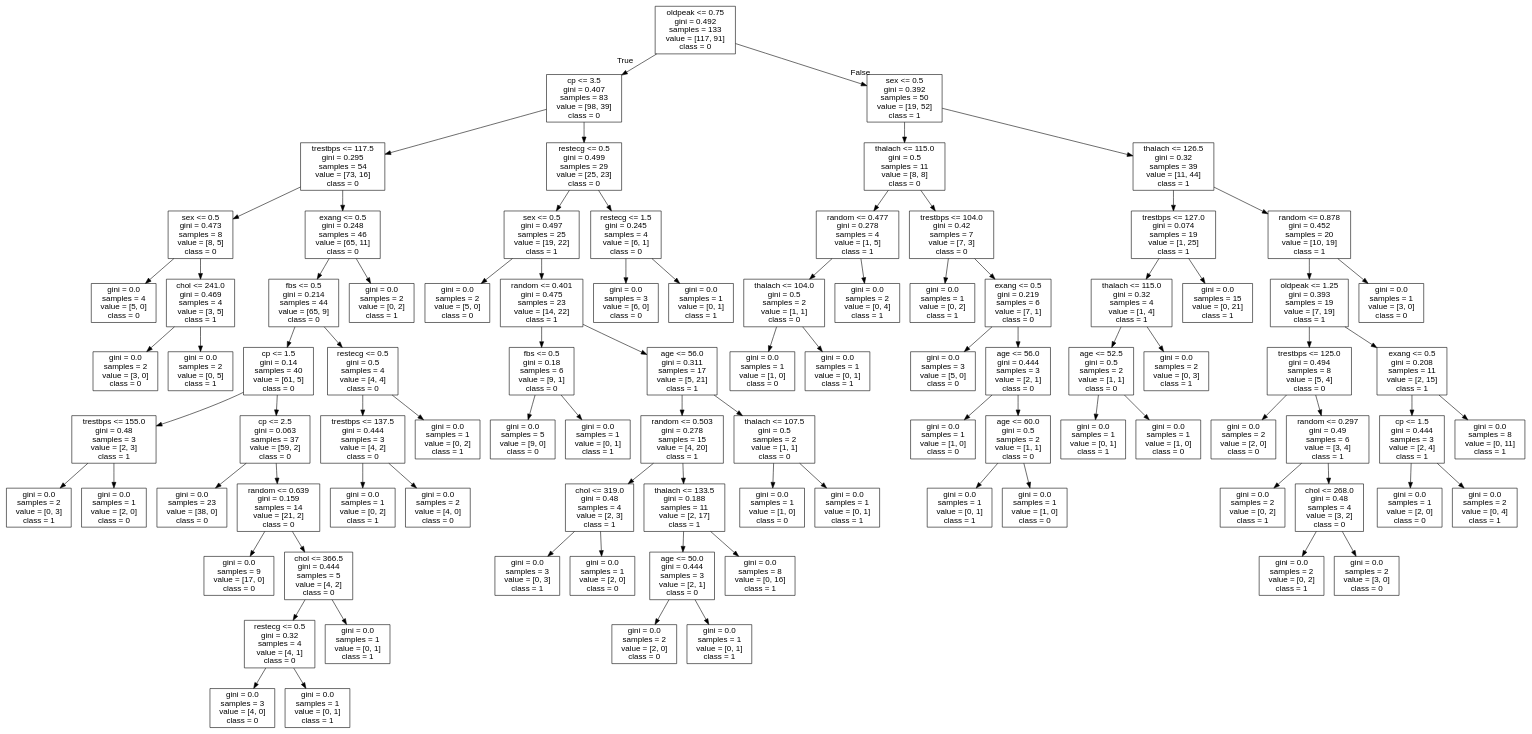
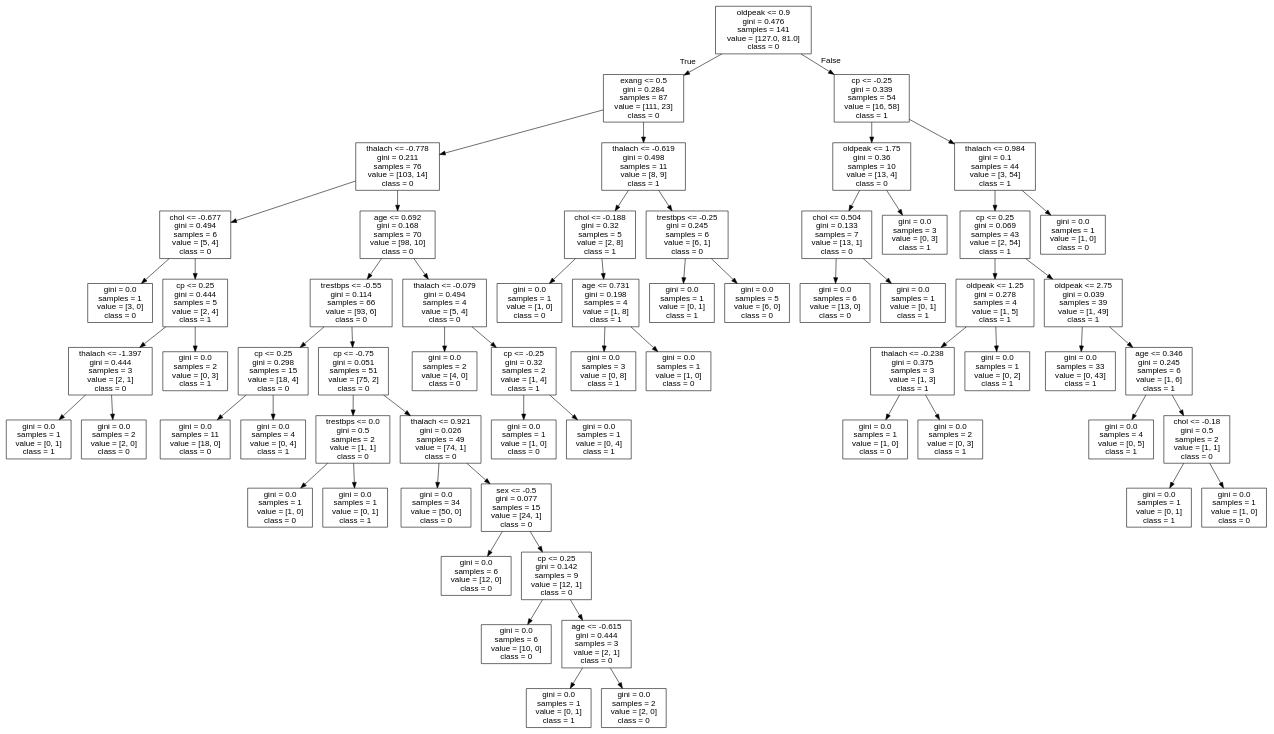
One commit to cyrilvincent/ML changed the diagram in data/heartdisease/tree.dot. Above: the diagram before and after it, drawn with Graphviz. The commit also changed 2 other files, not shown here.

```diff
--- a/data/heartdisease/tree.dot
+++ b/data/heartdisease/tree.dot
@@ -1,185 +1,129 @@
 digraph Tree {
 node [shape=box, fontname="helvetica"] ;
 edge [fontname="helvetica"] ;
-0 [label="oldpeak <= 0.75\ngini = 0.492\nsamples = 133\nvalue = [117, 91]\nclass = 0"] ;
-1 [label="cp <= 3.5\ngini = 0.407\nsamples = 83\nvalue = [98, 39]\nclass = 0"] ;
+0 [label="oldpeak <= 0.9\ngini = 0.476\nsamples = 141\nvalue = [127.0, 81.0]\nclass = 0"] ;
+1 [label="exang <= 0.5\ngini = 0.284\nsamples = 87\nvalue = [111, 23]\nclass = 0"] ;
 0 -> 1 [labeldistance=2.5, labelangle=45, headlabel="True"] ;
-2 [label="trestbps <= 117.5\ngini = 0.295\nsamples = 54\nvalue = [73, 16]\nclass = 0"] ;
+2 [label="thalach <= -0.778\ngini = 0.211\nsamples = 76\nvalue = [103, 14]\nclass = 0"] ;
 1 -> 2 ;
-3 [label="sex <= 0.5\ngini = 0.473\nsamples = 8\nvalue = [8, 5]\nclass = 0"] ;
+3 [label="chol <= -0.677\ngini = 0.494\nsamples = 6\nvalue = [5, 4]\nclass = 0"] ;
 2 -> 3 ;
-4 [label="gini = 0.0\nsamples = 4\nvalue = [5, 0]\nclass = 0"] ;
+4 [label="gini = 0.0\nsamples = 1\nvalue = [3, 0]\nclass = 0"] ;
 3 -> 4 ;
-5 [label="chol <= 241.0\ngini = 0.469\nsamples = 4\nvalue = [3, 5]\nclass = 1"] ;
+5 [label="cp <= 0.25\ngini = 0.444\nsamples = 5\nvalue = [2, 4]\nclass = 1"] ;
 3 -> 5 ;
-6 [label="gini = 0.0\nsamples = 2\nvalue = [3, 0]\nclass = 0"] ;
+6 [label="thalach <= -1.397\ngini = 0.444\nsamples = 3\nvalue = [2, 1]\nclass = 0"] ;
 5 -> 6 ;
-7 [label="gini = 0.0\nsamples = 2\nvalue = [0, 5]\nclass = 1"] ;
-5 -> 7 ;
-8 [label="exang <= 0.5\ngini = 0.248\nsamples = 46\nvalue = [65, 11]\nclass = 0"] ;
-2 -> 8 ;
-9 [label="fbs <= 0.5\ngini = 0.214\nsamples = 44\nvalue = [65, 9]\nclass = 0"] ;
-8 -> 9 ;
-10 [label="cp <= 1.5\ngini = 0.14\nsamples = 40\nvalue = [61, 5]\nclass = 0"] ;
-9 -> 10 ;
-11 [label="trestbps <= 155.0\ngini = 0.48\nsamples = 3\nvalue = [2, 3]\nclass = 1"] ;
+7 [label="gini = 0.0\nsamples = 1\nvalue = [0, 1]\nclass = 1"] ;
+6 -> 7 ;
+8 [label="gini = 0.0\nsamples = 2\nvalue = [2, 0]\nclass = 0"] ;
+6 -> 8 ;
+9 [label="gini = 0.0\nsamples = 2\nvalue = [0, 3]\nclass = 1"] ;
+5 -> 9 ;
+10 [label="age <= 0.692\ngini = 0.168\nsamples = 70\nvalue = [98, 10]\nclass = 0"] ;
+2 -> 10 ;
+11 [label="trestbps <= -0.55\ngini = 0.114\nsamples = 66\nvalue = [93, 6]\nclass = 0"] ;
 10 -> 11 ;
-12 [label="gini = 0.0\nsamples = 2\nvalue = [0, 3]\nclass = 1"] ;
+12 [label="cp <= 0.25\ngini = 0.298\nsamples = 15\nvalue = [18, 4]\nclass = 0"] ;
 11 -> 12 ;
-13 [label="gini = 0.0\nsamples = 1\nvalue = [2, 0]\nclass = 0"] ;
-11 -> 13 ;
-14 [label="cp <= 2.5\ngini = 0.063\nsamples = 37\nvalue = [59, 2]\nclass = 0"] ;
-10 -> 14 ;
-15 [label="gini = 0.0\nsamples = 23\nvalue = [38, 0]\nclass = 0"] ;
-14 -> 15 ;
-16 [label="random <= 0.639\ngini = 0.159\nsamples = 14\nvalue = [21, 2]\nclass = 0"] ;
-14 -> 16 ;
-17 [label="gini = 0.0\nsamples = 9\nvalue = [17, 0]\nclass = 0"] ;
+13 [label="gini = 0.0\nsamples = 11\nvalue = [18, 0]\nclass = 0"] ;
+12 -> 13 ;
+14 [label="gini = 0.0\nsamples = 4\nvalue = [0, 4]\nclass = 1"] ;
+12 -> 14 ;
+15 [label="cp <= -0.75\ngini = 0.051\nsamples = 51\nvalue = [75, 2]\nclass = 0"] ;
+11 -> 15 ;
+16 [label="trestbps <= 0.0\ngini = 0.5\nsamples = 2\nvalue = [1, 1]\nclass = 0"] ;
+15 -> 16 ;
+17 [label="gini = 0.0\nsamples = 1\nvalue = [1, 0]\nclass = 0"] ;
 16 -> 17 ;
-18 [label="chol <= 366.5\ngini = 0.444\nsamples = 5\nvalue = [4, 2]\nclass = 0"] ;
+18 [label="gini = 0.0\nsamples = 1\nvalue = [0, 1]\nclass = 1"] ;
 16 -> 18 ;
-19 [label="restecg <= 0.5\ngini = 0.32\nsamples = 4\nvalue = [4, 1]\nclass = 0"] ;
-18 -> 19 ;
-20 [label="gini = 0.0\nsamples = 3\nvalue = [4, 0]\nclass = 0"] ;
+19 [label="thalach <= 0.921\ngini = 0.026\nsamples = 49\nvalue = [74, 1]\nclass = 0"] ;
+15 -> 19 ;
+20 [label="gini = 0.0\nsamples = 34\nvalue = [50, 0]\nclass = 0"] ;
 19 -> 20 ;
-21 [label="gini = 0.0\nsamples = 1\nvalue = [0, 1]\nclass = 1"] ;
+21 [label="sex <= -0.5\ngini = 0.077\nsamples = 15\nvalue = [24, 1]\nclass = 0"] ;
 19 -> 21 ;
-22 [label="gini = 0.0\nsamples = 1\nvalue = [0, 1]\nclass = 1"] ;
-18 -> 22 ;
-23 [label="restecg <= 0.5\ngini = 0.5\nsamples = 4\nvalue = [4, 4]\nclass = 0"] ;
-9 -> 23 ;
-24 [label="trestbps <= 137.5\ngini = 0.444\nsamples = 3\nvalue = [4, 2]\nclass = 0"] ;
+22 [label="gini = 0.0\nsamples = 6\nvalue = [12, 0]\nclass = 0"] ;
+21 -> 22 ;
+23 [label="cp <= 0.25\ngini = 0.142\nsamples = 9\nvalue = [12, 1]\nclass = 0"] ;
+21 -> 23 ;
+24 [label="gini = 0.0\nsamples = 6\nvalue = [10, 0]\nclass = 0"] ;
 23 -> 24 ;
-25 [label="gini = 0.0\nsamples = 1\nvalue = [0, 2]\nclass = 1"] ;
-24 -> 25 ;
-26 [label="gini = 0.0\nsamples = 2\nvalue = [4, 0]\nclass = 0"] ;
-24 -> 26 ;
-27 [label="gini = 0.0\nsamples = 1\nvalue = [0, 2]\nclass = 1"] ;
-23 -> 27 ;
-28 [label="gini = 0.0\nsamples = 2\nvalue = [0, 2]\nclass = 1"] ;
-8 -> 28 ;
-29 [label="restecg <= 0.5\ngini = 0.499\nsamples = 29\nvalue = [25, 23]\nclass = 0"] ;
-1 -> 29 ;
-30 [label="sex <= 0.5\ngini = 0.497\nsamples = 25\nvalue = [19, 22]\nclass = 1"] ;
-29 -> 30 ;
-31 [label="gini = 0.0\nsamples = 2\nvalue = [5, 0]\nclass = 0"] ;
+25 [label="age <= -0.615\ngini = 0.444\nsamples = 3\nvalue = [2, 1]\nclass = 0"] ;
+23 -> 25 ;
+26 [label="gini = 0.0\nsamples = 1\nvalue = [0, 1]\nclass = 1"] ;
+25 -> 26 ;
+27 [label="gini = 0.0\nsamples = 2\nvalue = [2, 0]\nclass = 0"] ;
+25 -> 27 ;
+28 [label="thalach <= -0.079\ngini = 0.494\nsamples = 4\nvalue = [5, 4]\nclass = 0"] ;
+10 -> 28 ;
+29 [label="gini = 0.0\nsamples = 2\nvalue = [4, 0]\nclass = 0"] ;
+28 -> 29 ;
+30 [label="cp <= -0.25\ngini = 0.32\nsamples = 2\nvalue = [1, 4]\nclass = 1"] ;
+28 -> 30 ;
+31 [label="gini = 0.0\nsamples = 1\nvalue = [1, 0]\nclass = 0"] ;
 30 -> 31 ;
-32 [label="random <= 0.401\ngini = 0.475\nsamples = 23\nvalue = [14, 22]\nclass = 1"] ;
+32 [label="gini = 0.0\nsamples = 1\nvalue = [0, 4]\nclass = 1"] ;
 30 -> 32 ;
-33 [label="fbs <= 0.5\ngini = 0.18\nsamples = 6\nvalue = [9, 1]\nclass = 0"] ;
-32 -> 33 ;
-34 [label="gini = 0.0\nsamples = 5\nvalue = [9, 0]\nclass = 0"] ;
+33 [label="thalach <= -0.619\ngini = 0.498\nsamples = 11\nvalue = [8, 9]\nclass = 1"] ;
+1 -> 33 ;
+34 [label="chol <= -0.188\ngini = 0.32\nsamples = 5\nvalue = [2, 8]\nclass = 1"] ;
 33 -> 34 ;
-35 [label="gini = 0.0\nsamples = 1\nvalue = [0, 1]\nclass = 1"] ;
-33 -> 35 ;
-36 [label="age <= 56.0\ngini = 0.311\nsamples = 17\nvalue = [5, 21]\nclass = 1"] ;
-32 -> 36 ;
-37 [label="random <= 0.503\ngini = 0.278\nsamples = 15\nvalue = [4, 20]\nclass = 1"] ;
+35 [label="gini = 0.0\nsamples = 1\nvalue = [1, 0]\nclass = 0"] ;
+34 -> 35 ;
+36 [label="age <= 0.731\ngini = 0.198\nsamples = 4\nvalue = [1, 8]\nclass = 1"] ;
+34 -> 36 ;
+37 [label="gini = 0.0\nsamples = 3\nvalue = [0, 8]\nclass = 1"] ;
 36 -> 37 ;
-38 [label="chol <= 319.0\ngini = 0.48\nsamples = 4\nvalue = [2, 3]\nclass = 1"] ;
-37 -> 38 ;
-39 [label="gini = 0.0\nsamples = 3\nvalue = [0, 3]\nclass = 1"] ;
-38 -> 39 ;
-40 [label="gini = 0.0\nsamples = 1\nvalue = [2, 0]\nclass = 0"] ;
-38 -> 40 ;
-41 [label="thalach <= 133.5\ngini = 0.188\nsamples = 11\nvalue = [2, 17]\nclass = 1"] ;
-37 -> 41 ;
-42 [label="age <= 50.0\ngini = 0.444\nsamples = 3\nvalue = [2, 1]\nclass = 0"] ;
-41 -> 42 ;
-43 [label="gini = 0.0\nsamples = 2\nvalue = [2, 0]\nclass = 0"] ;
+38 [label="gini = 0.0\nsamples = 1\nvalue = [1, 0]\nclass = 0"] ;
+36 -> 38 ;
+39 [label="trestbps <= -0.25\ngini = 0.245\nsamples = 6\nvalue = [6, 1]\nclass = 0"] ;
+33 -> 39 ;
+40 [label="gini = 0.0\nsamples = 1\nvalue = [0, 1]\nclass = 1"] ;
+39 -> 40 ;
+41 [label="gini = 0.0\nsamples = 5\nvalue = [6, 0]\nclass = 0"] ;
+39 -> 41 ;
+42 [label="cp <= -0.25\ngini = 0.339\nsamples = 54\nvalue = [16, 58]\nclass = 1"] ;
+0 -> 42 [labeldistance=2.5, labelangle=-45, headlabel="False"] ;
+43 [label="oldpeak <= 1.75\ngini = 0.36\nsamples = 10\nvalue = [13, 4]\nclass = 0"] ;
 42 -> 43 ;
-44 [label="gini = 0.0\nsamples = 1\nvalue = [0, 1]\nclass = 1"] ;
-42 -> 44 ;
-45 [label="gini = 0.0\nsamples = 8\nvalue = [0, 16]\nclass = 1"] ;
-41 -> 45 ;
-46 [label="thalach <= 107.5\ngini = 0.5\nsamples = 2\nvalue = [1, 1]\nclass = 0"] ;
-36 -> 46 ;
-47 [label="gini = 0.0\nsamples = 1\nvalue = [1, 0]\nclass = 0"] ;
-46 -> 47 ;
-48 [label="gini = 0.0\nsamples = 1\nvalue = [0, 1]\nclass = 1"] ;
-46 -> 48 ;
-49 [label="restecg <= 1.5\ngini = 0.245\nsamples = 4\nvalue = [6, 1]\nclass = 0"] ;
-29 -> 49 ;
-50 [label="gini = 0.0\nsamples = 3\nvalue = [6, 0]\nclass = 0"] ;
+44 [label="chol <= 0.504\ngini = 0.133\nsamples = 7\nvalue = [13, 1]\nclass = 0"] ;
+43 -> 44 ;
+45 [label="gini = 0.0\nsamples = 6\nvalue = [13, 0]\nclass = 0"] ;
+44 -> 45 ;
+46 [label="gini = 0.0\nsamples = 1\nvalue = [0, 1]\nclass = 1"] ;
+44 -> 46 ;
+47 [label="gini = 0.0\nsamples = 3\nvalue = [0, 3]\nclass = 1"] ;
+43 -> 47 ;
+48 [label="thalach <= 0.984\ngini = 0.1\nsamples = 44\nvalue = [3, 54]\nclass = 1"] ;
+42 -> 48 ;
+49 [label="cp <= 0.25\ngini = 0.069\nsamples = 43\nvalue = [2, 54]\nclass = 1"] ;
+48 -> 49 ;
+50 [label="oldpeak <= 1.25\ngini = 0.278\nsamples = 4\nvalue = [1, 5]\nclass = 1"] ;
 49 -> 50 ;
-51 [label="gini = 0.0\nsamples = 1\nvalue = [0, 1]\nclass = 1"] ;
-49 -> 51 ;
-52 [label="sex <= 0.5\ngini = 0.392\nsamples = 50\nvalue = [19, 52]\nclass = 1"] ;
-0 -> 52 [labeldistance=2.5, labelangle=-45, headlabel="False"] ;
-53 [label="thalach <= 115.0\ngini = 0.5\nsamples = 11\nvalue = [8, 8]\nclass = 0"] ;
-52 -> 53 ;
-54 [label="random <= 0.477\ngini = 0.278\nsamples = 4\nvalue = [1, 5]\nclass = 1"] ;
-53 -> 54 ;
-55 [label="thalach <= 104.0\ngini = 0.5\nsamples = 2\nvalue = [1, 1]\nclass = 0"] ;
-54 -> 55 ;
-56 [label="gini = 0.0\nsamples = 1\nvalue = [1, 0]\nclass = 0"] ;
+51 [label="thalach <= -0.238\ngini = 0.375\nsamples = 3\nvalue = [1, 3]\nclass = 1"] ;
+50 -> 51 ;
+52 [label="gini = 0.0\nsamples = 1\nvalue = [1, 0]\nclass = 0"] ;
+51 -> 52 ;
+53 [label="gini = 0.0\nsamples = 2\nvalue = [0, 3]\nclass = 1"] ;
+51 -> 53 ;
+54 [label="gini = 0.0\nsamples = 1\nvalue = [0, 2]\nclass = 1"] ;
+50 -> 54 ;
+55 [label="oldpeak <= 2.75\ngini = 0.039\nsamples = 39\nvalue = [1, 49]\nclass = 1"] ;
+49 -> 55 ;
+56 [label="gini = 0.0\nsamples = 33\nvalue = [0, 43]\nclass = 1"] ;
 55 -> 56 ;
-57 [label="gini = 0.0\nsamples = 1\nvalue = [0, 1]\nclass = 1"] ;
+57 [label="age <= 0.346\ngini = 0.245\nsamples = 6\nvalue = [1, 6]\nclass = 1"] ;
 55 -> 57 ;
-58 [label="gini = 0.0\nsamples = 2\nvalue = [0, 4]\nclass = 1"] ;
-54 -> 58 ;
-59 [label="trestbps <= 104.0\ngini = 0.42\nsamples = 7\nvalue = [7, 3]\nclass = 0"] ;
-53 -> 59 ;
-60 [label="gini = 0.0\nsamples = 1\nvalue = [0, 2]\nclass = 1"] ;
+58 [label="gini = 0.0\nsamples = 4\nvalue = [0, 5]\nclass = 1"] ;
+57 -> 58 ;
+59 [label="chol <= -0.18\ngini = 0.5\nsamples = 2\nvalue = [1, 1]\nclass = 0"] ;
+57 -> 59 ;
+60 [label="gini = 0.0\nsamples = 1\nvalue = [0, 1]\nclass = 1"] ;
 59 -> 60 ;
-61 [label="exang <= 0.5\ngini = 0.219\nsamples = 6\nvalue = [7, 1]\nclass = 0"] ;
+61 [label="gini = 0.0\nsamples = 1\nvalue = [1, 0]\nclass = 0"] ;
 59 -> 61 ;
-62 [label="gini = 0.0\nsamples = 3\nvalue = [5, 0]\nclass = 0"] ;
-61 -> 62 ;
-63 [label="age <= 56.0\ngini = 0.444\nsamples = 3\nvalue = [2, 1]\nclass = 0"] ;
-61 -> 63 ;
-64 [label="gini = 0.0\nsamples = 1\nvalue = [1, 0]\nclass = 0"] ;
-63 -> 64 ;
-65 [label="age <= 60.0\ngini = 0.5\nsamples = 2\nvalue = [1, 1]\nclass = 0"] ;
-63 -> 65 ;
-66 [label="gini = 0.0\nsamples = 1\nvalue = [0, 1]\nclass = 1"] ;
-65 -> 66 ;
-67 [label="gini = 0.0\nsamples = 1\nvalue = [1, 0]\nclass = 0"] ;
-65 -> 67 ;
-68 [label="thalach <= 126.5\ngini = 0.32\nsamples = 39\nvalue = [11, 44]\nclass = 1"] ;
-52 -> 68 ;
-69 [label="trestbps <= 127.0\ngini = 0.074\nsamples = 19\nvalue = [1, 25]\nclass = 1"] ;
-68 -> 69 ;
-70 [label="thalach <= 115.0\ngini = 0.32\nsamples = 4\nvalue = [1, 4]\nclass = 1"] ;
-69 -> 70 ;
-71 [label="age <= 52.5\ngini = 0.5\nsamples = 2\nvalue = [1, 1]\nclass = 0"] ;
-70 -> 71 ;
-72 [label="gini = 0.0\nsamples = 1\nvalue = [0, 1]\nclass = 1"] ;
-71 -> 72 ;
-73 [label="gini = 0.0\nsamples = 1\nvalue = [1, 0]\nclass = 0"] ;
-71 -> 73 ;
-74 [label="gini = 0.0\nsamples = 2\nvalue = [0, 3]\nclass = 1"] ;
-70 -> 74 ;
-75 [label="gini = 0.0\nsamples = 15\nvalue = [0, 21]\nclass = 1"] ;
-69 -> 75 ;
-76 [label="random <= 0.878\ngini = 0.452\nsamples = 20\nvalue = [10, 19]\nclass = 1"] ;
-68 -> 76 ;
-77 [label="oldpeak <= 1.25\ngini = 0.393\nsamples = 19\nvalue = [7, 19]\nclass = 1"] ;
-76 -> 77 ;
-78 [label="trestbps <= 125.0\ngini = 0.494\nsamples = 8\nvalue = [5, 4]\nclass = 0"] ;
-77 -> 78 ;
-79 [label="gini = 0.0\nsamples = 2\nvalue = [2, 0]\nclass = 0"] ;
-78 -> 79 ;
-80 [label="random <= 0.297\ngini = 0.49\nsamples = 6\nvalue = [3, 4]\nclass = 1"] ;
-78 -> 80 ;
-81 [label="gini = 0.0\nsamples = 2\nvalue = [0, 2]\nclass = 1"] ;
-80 -> 81 ;
-82 [label="chol <= 268.0\ngini = 0.48\nsamples = 4\nvalue = [3, 2]\nclass = 0"] ;
-80 -> 82 ;
-83 [label="gini = 0.0\nsamples = 2\nvalue = [0, 2]\nclass = 1"] ;
-82 -> 83 ;
-84 [label="gini = 0.0\nsamples = 2\nvalue = [3, 0]\nclass = 0"] ;
-82 -> 84 ;
-85 [label="exang <= 0.5\ngini = 0.208\nsamples = 11\nvalue = [2, 15]\nclass = 1"] ;
-77 -> 85 ;
-86 [label="cp <= 1.5\ngini = 0.444\nsamples = 3\nvalue = [2, 4]\nclass = 1"] ;
-85 -> 86 ;
-87 [label="gini = 0.0\nsamples = 1\nvalue = [2, 0]\nclass = 0"] ;
-86 -> 87 ;
-88 [label="gini = 0.0\nsamples = 2\nvalue = [0, 4]\nclass = 1"] ;
-86 -> 88 ;
-89 [label="gini = 0.0\nsamples = 8\nvalue = [0, 11]\nclass = 1"] ;
-85 -> 89 ;
-90 [label="gini = 0.0\nsamples = 1\nvalue = [3, 0]\nclass = 0"] ;
-76 -> 90 ;
+62 [label="gini = 0.0\nsamples = 1\nvalue = [1, 0]\nclass = 0"] ;
+48 -> 62 ;
 }
```
